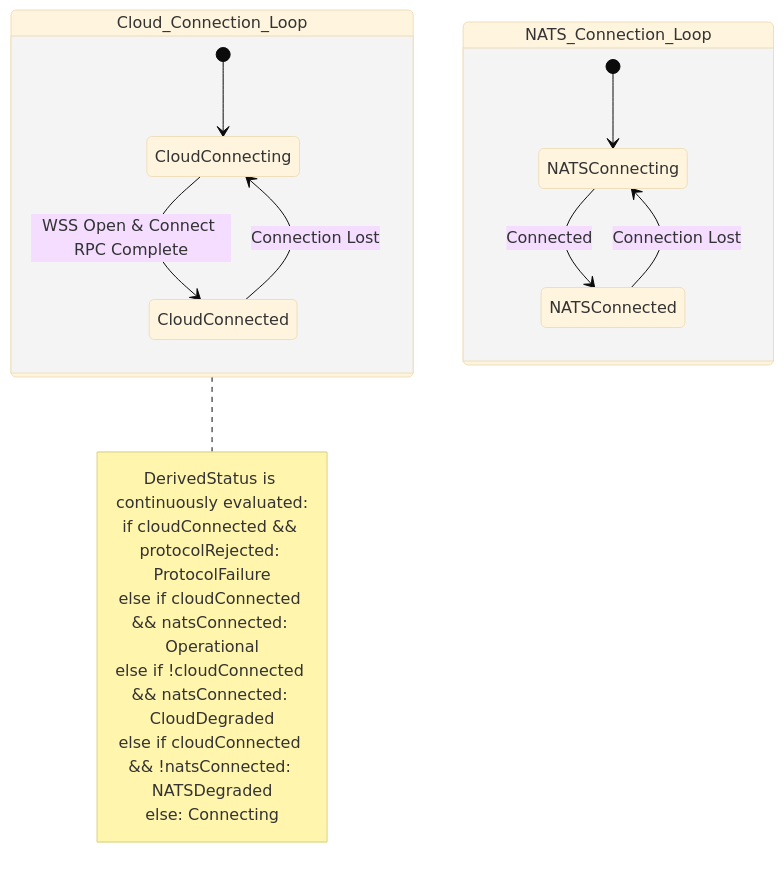
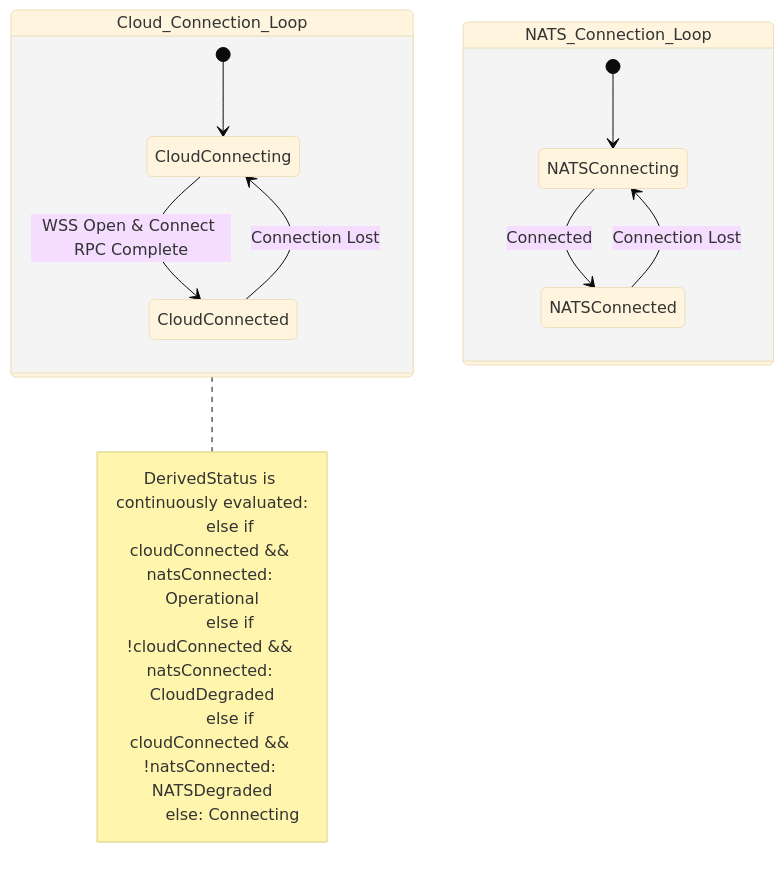
The fifth of 5 diagrams in HIGH_LEVEL_DESIGN.md (routerarchitects/TIP-olg-ucentral-client), drawn with Mermaid (base theme) before and after one commit. The commit also changed other lines of this file and 5 other files, not shown here.

````diff
--- a/HIGH_LEVEL_DESIGN.md
+++ b/HIGH_LEVEL_DESIGN.md
@@ -312,23 +312,23 @@
 ```mermaid
 stateDiagram-v2
     state Cloud_Connection_Loop {
         [*] --> CloudConnecting
         CloudConnecting --> CloudConnected : WSS Open & Connect RPC Complete
         CloudConnected --> CloudConnecting : Connection Lost
     }
     
     state NATS_Connection_Loop {
         [*] --> NATSConnecting
         NATSConnecting --> NATSConnected : Connected
         NATSConnected --> NATSConnecting : Connection Lost
     }
     
     note right of Cloud_Connection_Loop
         DerivedStatus is continuously evaluated:
-        if cloudConnected && protocolRejected: ProtocolFailure
+
         else if cloudConnected && natsConnected: Operational
         else if !cloudConnected && natsConnected: CloudDegraded
         else if cloudConnected && !natsConnected: NATSDegraded
         else: Connecting
     end note
 ```
````
